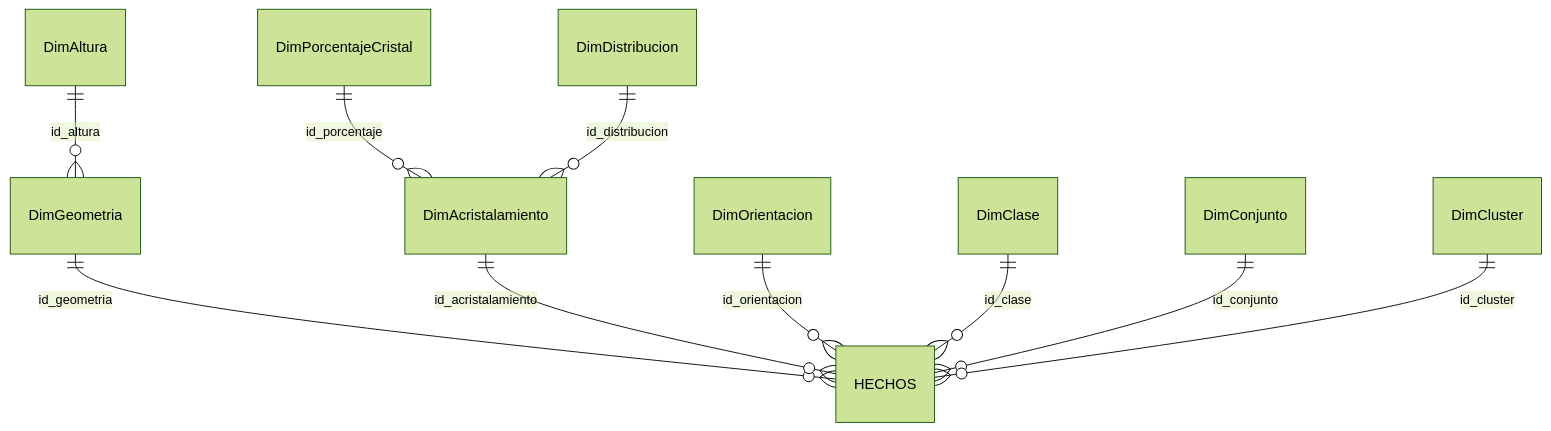
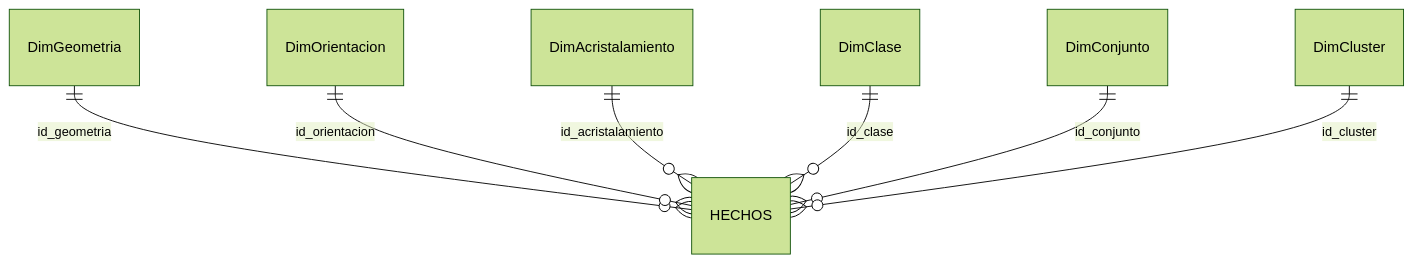
One commit to UlisesGC26/REC_ECBD_2026_Gonzalez_Ulises changed the diagram in docs/etl_y_datamart.md. Above: the diagram before and after it, drawn with Mermaid (forest theme). The commit also changed other lines of this file and 56 other files, not shown here.

````diff
--- a/docs/etl_y_datamart.md
+++ b/docs/etl_y_datamart.md
@@ -17,12 +17,9 @@
 ```mermaid
 erDiagram
-    DimAltura ||--o{ DimGeometria : id_altura
     DimGeometria ||--o{ HECHOS : id_geometria
-    DimPorcentajeCristal ||--o{ DimAcristalamiento : id_porcentaje
-    DimDistribucion ||--o{ DimAcristalamiento : id_distribucion
+    DimOrientacion ||--o{ HECHOS : id_orientacion
     DimAcristalamiento ||--o{ HECHOS : id_acristalamiento
-    DimOrientacion ||--o{ HECHOS : id_orientacion
     DimClase ||--o{ HECHOS : id_clase
     DimConjunto ||--o{ HECHOS : id_conjunto
     DimCluster ||--o{ HECHOS : id_cluster
 ```
````
